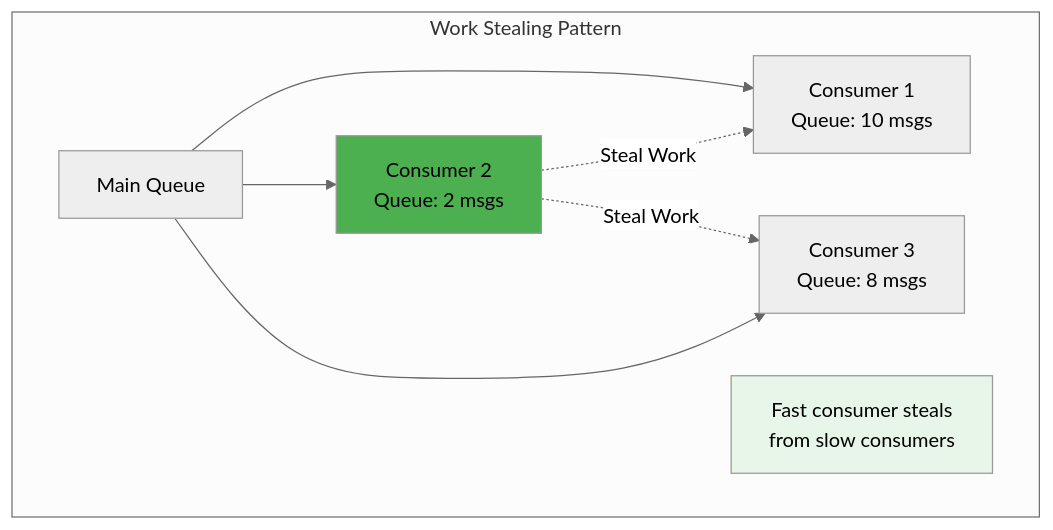
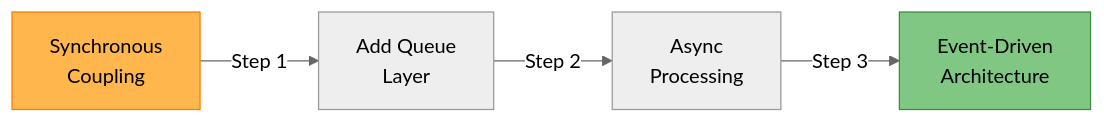
The fifth of 6 diagrams in docs/pattern-library/coordination/distributed-queue.md (deepaucksharma/DStudio), drawn with Mermaid (neutral theme) before and after one commit. The commit also changed other lines of this file and 11 other files, not shown here.

````diff
--- a/docs/pattern-library/coordination/distributed-queue.md
+++ b/docs/pattern-library/coordination/distributed-queue.md
@@ -992,16 +384,9 @@
 ```mermaid
-graph TB
-    subgraph "Work Stealing Pattern"
-        Q[Main Queue] --> C1[Consumer 1<br/>Queue: 10 msgs]
-        Q --> C2[Consumer 2<br/>Queue: 2 msgs]
-        Q --> C3[Consumer 3<br/>Queue: 8 msgs]
-        
-        C2 -.->|Steal Work| C1
-        C2 -.->|Steal Work| C3
-        
-        Note[Fast consumer steals<br/>from slow consumers]
-    end
+graph LR
+    A[Synchronous<br/>Coupling] -->|Step 1| B[Add Queue<br/>Layer]
+    B -->|Step 2| C[Async<br/>Processing]
+    C -->|Step 3| D[Event-Driven<br/>Architecture]
     
-    style C2 fill:#4CAF50
-    style Note fill:#e8f5e9
+    style A fill:#ffb74d,stroke:#f57c00
+    style D fill:#81c784,stroke:#388e3c
 ```
````
